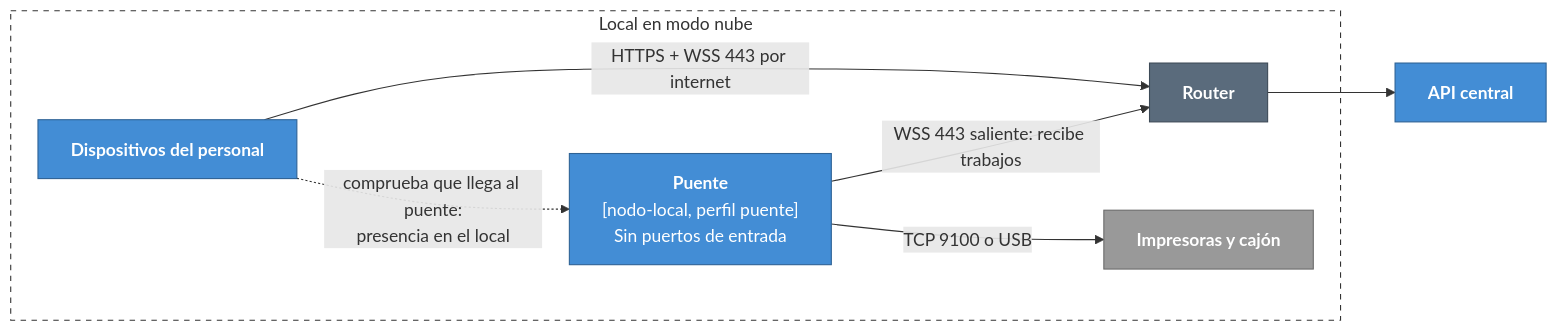
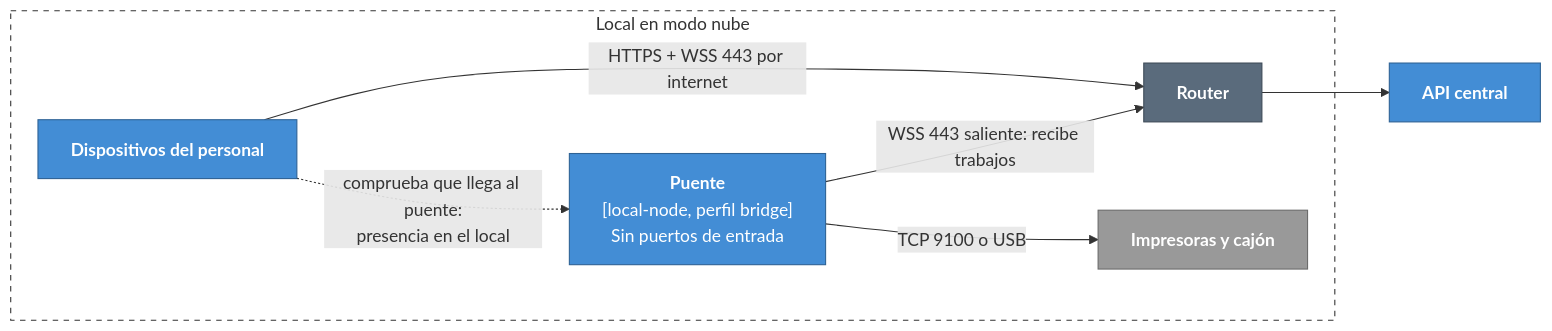
The fourth of 10 diagrams in docs/arquitectura/infraestructura-y-comunicacion.md (CesarJOtizM/blackHole), drawn with Mermaid before and after one commit. The commit also changed other lines of this file and 159 other files, not shown here.

````diff
--- a/docs/arquitectura/infraestructura-y-comunicacion.md
+++ b/docs/arquitectura/infraestructura-y-comunicacion.md
@@ -227,20 +228,20 @@
 ```mermaid
 flowchart LR
   subgraph Local["Local en modo nube"]
     DEV["<b>Dispositivos del personal</b>"]:::contenedor
-    PUE["<b>Puente</b><br/>[nodo-local, perfil puente]<br/>Sin puertos de entrada"]:::contenedor
+    PUE["<b>Puente</b><br/>[local-node, perfil bridge]<br/>Sin puertos de entrada"]:::contenedor
     IMP["<b>Impresoras y cajón</b>"]:::externo
     R["<b>Router</b>"]:::infra
   end
   API["<b>API central</b>"]:::contenedor
 
   DEV -- "HTTPS + WSS 443 por internet" --> R --> API
   PUE -- "WSS 443 saliente: recibe trabajos" --> R
   DEV -. "comprueba que llega al puente:<br/>presencia en el local" .-> PUE
   PUE -- "TCP 9100 o USB" --> IMP
 
   classDef contenedor fill:#438dd5,stroke:#2e6295,color:#fff
   classDef externo fill:#999999,stroke:#6b6b6b,color:#fff
   classDef infra fill:#5a6b7c,stroke:#3d4a57,color:#fff
   style Local fill:none,stroke:#333,stroke-dasharray: 5 5
 ```
````
